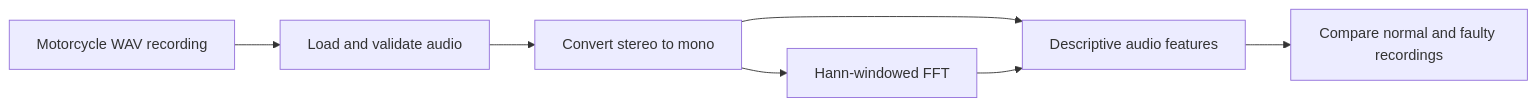
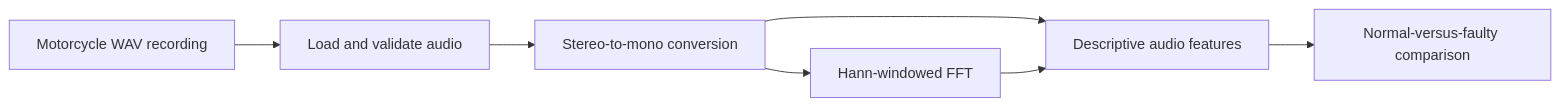
The diagram in README.md (vivekanandnaikk/Engine-Fault-Diagnosis-Using-Audio-Signal-Processing), drawn with Mermaid before and after one commit. The commit also changed other lines of this file and 3 other files, not shown here.

````diff
--- a/README.md
+++ b/README.md
@@ -22,9 +22,9 @@
 ```mermaid
 flowchart LR
     A[Motorcycle WAV recording] --> B[Load and validate audio]
-    B --> C[Convert stereo to mono]
+    B --> C[Stereo-to-mono conversion]
     C --> D[Hann-windowed FFT]
     C --> E[Descriptive audio features]
     D --> E
-    E --> F[Compare normal and faulty recordings]
+    E --> F[Normal-versus-faulty comparison]
 ```
````
